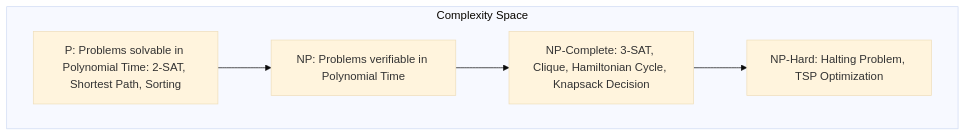
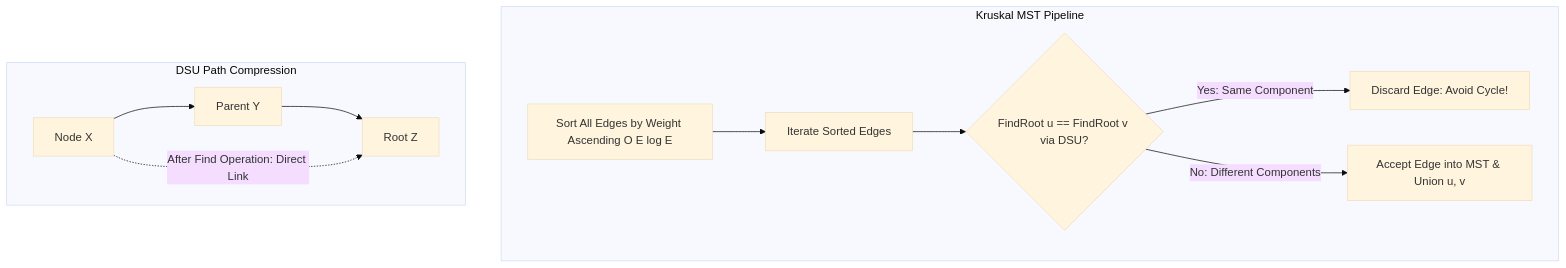
Before and after one commit to Rizki2204/ultimate-learning-paths: the diagram in curriculum/06-cs-core-dsa-compiler/104-algoritma-graf-lanjut.md, drawn with Mermaid (base theme). The commit also changed other lines of this file and 533 other files, not shown here.

````diff
--- a/curriculum/06-cs-core-dsa-compiler/104-algoritma-graf-lanjut.md
+++ b/curriculum/06-cs-core-dsa-compiler/104-algoritma-graf-lanjut.md
@@ -33,9 +41,13 @@
 ```mermaid
 graph TD
-subgraph Complexity Space
-A[NP-Hard: Halting Problem, TSP Optimization]
-B[NP-Complete: 3-SAT, Clique, Hamiltonian Cycle, Knapsack Decision] --> A
-C[NP: Problems verifiable in Polynomial Time] --> B
-D[P: Problems solvable in Polynomial Time: 2-SAT, Shortest Path, Sorting] --> C
+subgraph Kruskal MST Pipeline
+A[Sort All Edges by Weight Ascending O E log E] --> B[Iterate Sorted Edges]
+B --> C{FindRoot u == FindRoot v via DSU?}
+C -->|Yes: Same Component| D[Discard Edge: Avoid Cycle!]
+C -->|No: Different Components| E[Accept Edge into MST & Union u, v]
+end
+subgraph DSU Path Compression
+F[Node X] --> G[Parent Y] --> H[Root Z]
+F -.->|After Find Operation: Direct Link| H
 end
 ```
````
